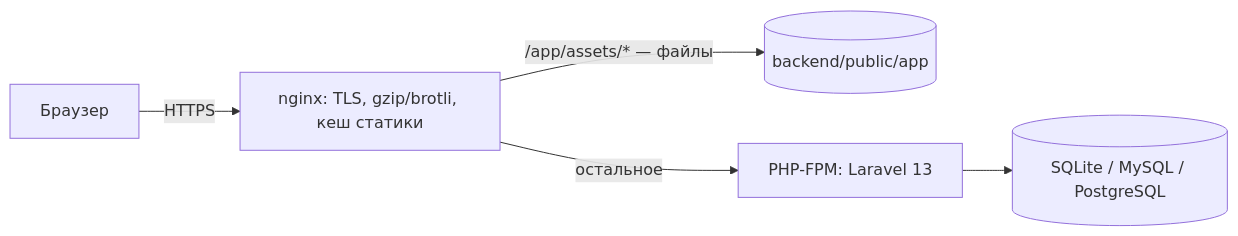
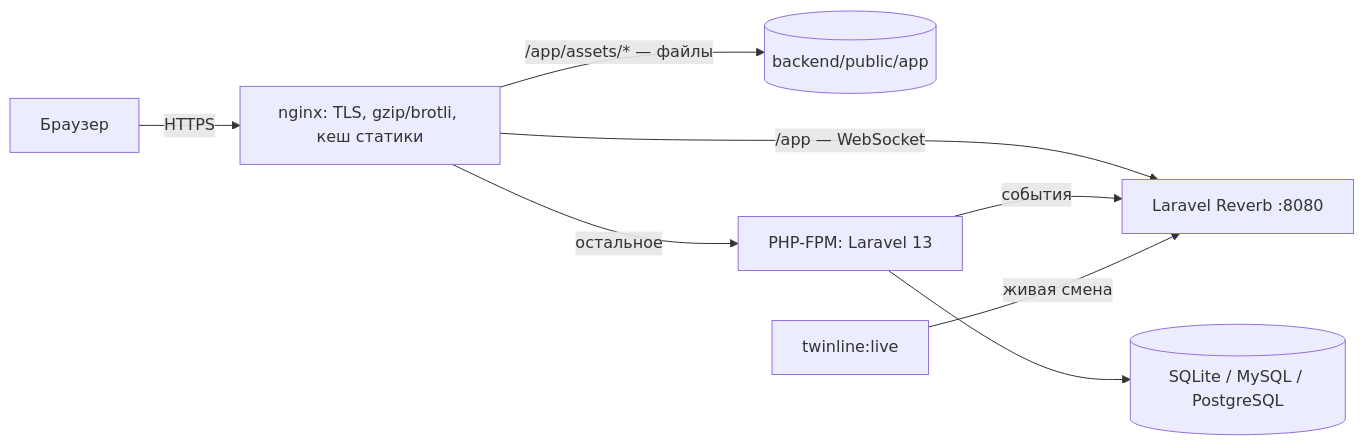
The diagram in docs/08-deployment.md (aMr1231/-3D--_), drawn with Mermaid before and after one commit. The commit also changed other lines of this file and 45 other files, not shown here.

First line of the commit message:
Real-time: Laravel Reverb и Echo

````diff
--- a/docs/08-deployment.md
+++ b/docs/08-deployment.md
@@ -5,7 +5,10 @@
 ```mermaid
 flowchart LR
   B[Браузер] -->|HTTPS| N[nginx: TLS, gzip/brotli, кеш статики]
   N -->|/app/assets/* — файлы| S[(backend/public/app)]
   N -->|остальное| P[PHP-FPM: Laravel 13]
+  N -->|/app — WebSocket| R[Laravel Reverb :8080]
+  P -->|события| R
+  L[twinline:live] -->|живая смена| R
   P --> D[(SQLite / MySQL / PostgreSQL)]
 ```
````
